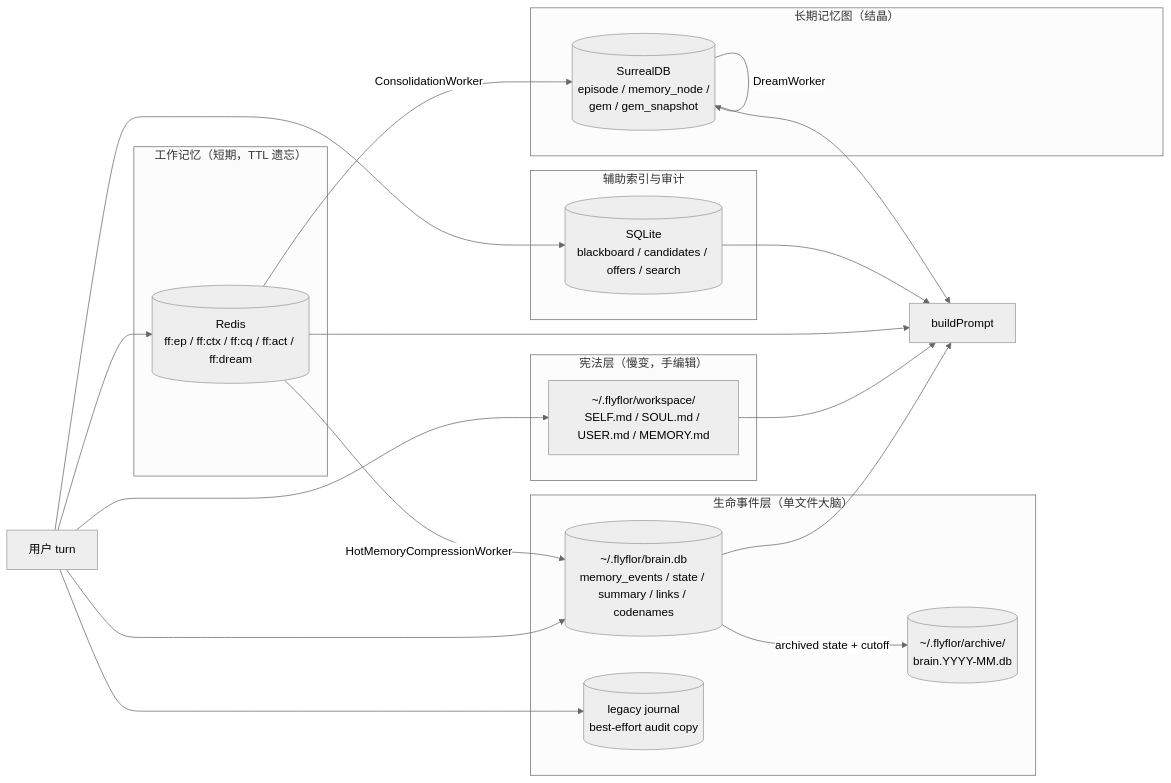
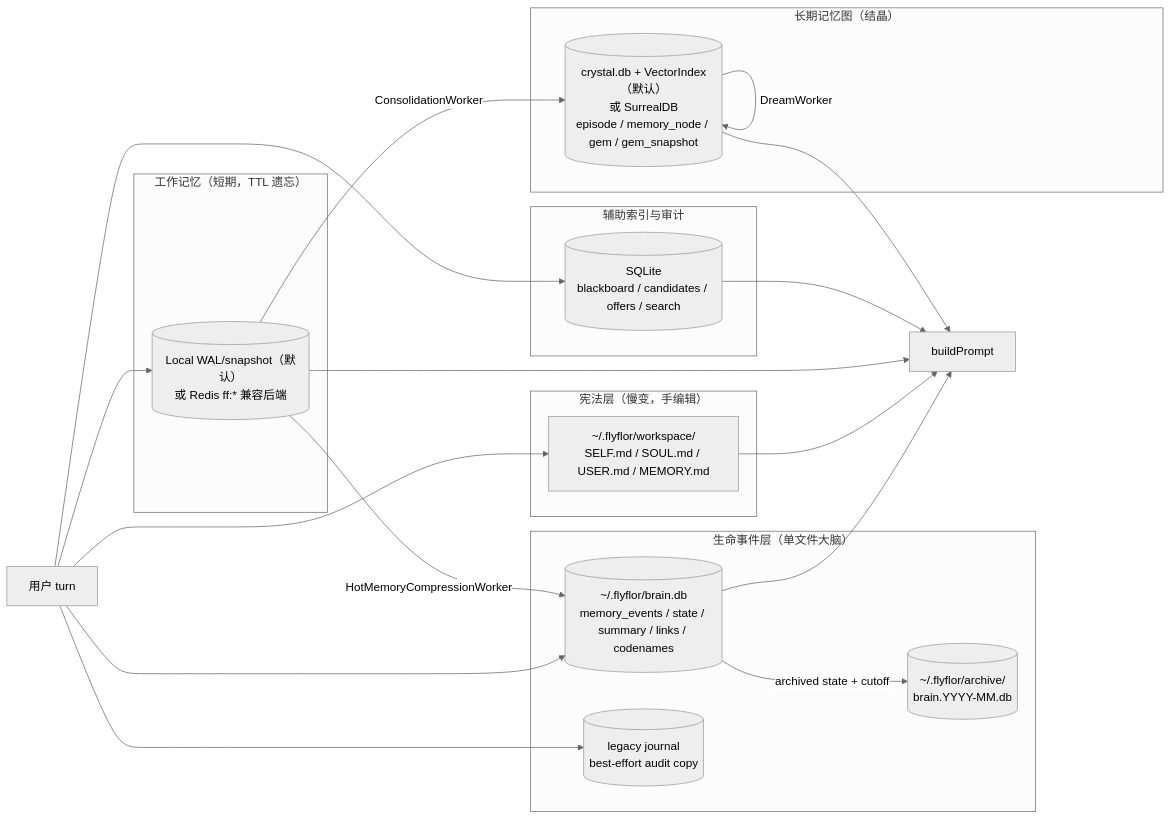
One commit to flyflor/flyflor changed the first of 5 diagrams in docs/memory.system.md. Above: the diagram before and after it, drawn with Mermaid (neutral theme). The commit also changed other lines of this file and 38 other files, not shown here.

````diff
--- a/docs/memory.system.md
+++ b/docs/memory.system.md
@@ -31,39 +32,39 @@
 ```mermaid
 flowchart LR
     subgraph Constitutional["宪法层（慢变，手编辑）"]
         Markdown["~/.flyflor/workspace/<br/>SELF.md / SOUL.md / USER.md / MEMORY.md"]
     end
 
     subgraph Working["工作记忆（短期，TTL 遗忘）"]
-        Redis[("Redis<br/>ff:ep / ff:ctx / ff:cq / ff:act / ff:dream")]
+        Work[("Local WAL/snapshot（默认）<br/>或 Redis ff:* 兼容后端")]
     end
 
     subgraph Life["生命事件层（单文件大脑）"]
         Brain[("~/.flyflor/brain.db<br/>memory_events / state / summary / links / codenames")]
         Archive[("~/.flyflor/archive/<br/>brain.YYYY-MM.db")]
         Journal[("legacy journal<br/>best-effort audit copy")]
     end
 
     subgraph Index["辅助索引与审计"]
         SQLite[("SQLite<br/>blackboard / candidates / offers / search")]
     end
 
     subgraph LongTerm["长期记忆图（结晶）"]
-        Surreal[("SurrealDB<br/>episode / memory_node /<br/>gem / gem_snapshot")]
+        Crystal[("crystal.db + VectorIndex（默认）<br/>或 SurrealDB<br/>episode / memory_node / gem / gem_snapshot")]
     end
 
     User["用户 turn"] --> Brain
     Brain -- archived state + cutoff --> Archive
     User --> Journal
-    User --> Redis
-    Redis -- ConsolidationWorker --> Surreal
-    Redis -- HotMemoryCompressionWorker --> Brain
-    Surreal -- DreamWorker --> Surreal
+    User --> Work
+    Work -- ConsolidationWorker --> Crystal
+    Work -- HotMemoryCompressionWorker --> Brain
+    Crystal -- DreamWorker --> Crystal
     User --> Markdown
     User --> SQLite
     Markdown --> Prompt["buildPrompt"]
     Brain --> Prompt
-    Redis --> Prompt
-    Surreal --> Prompt
+    Work --> Prompt
+    Crystal --> Prompt
     SQLite --> Prompt
 ```
````
